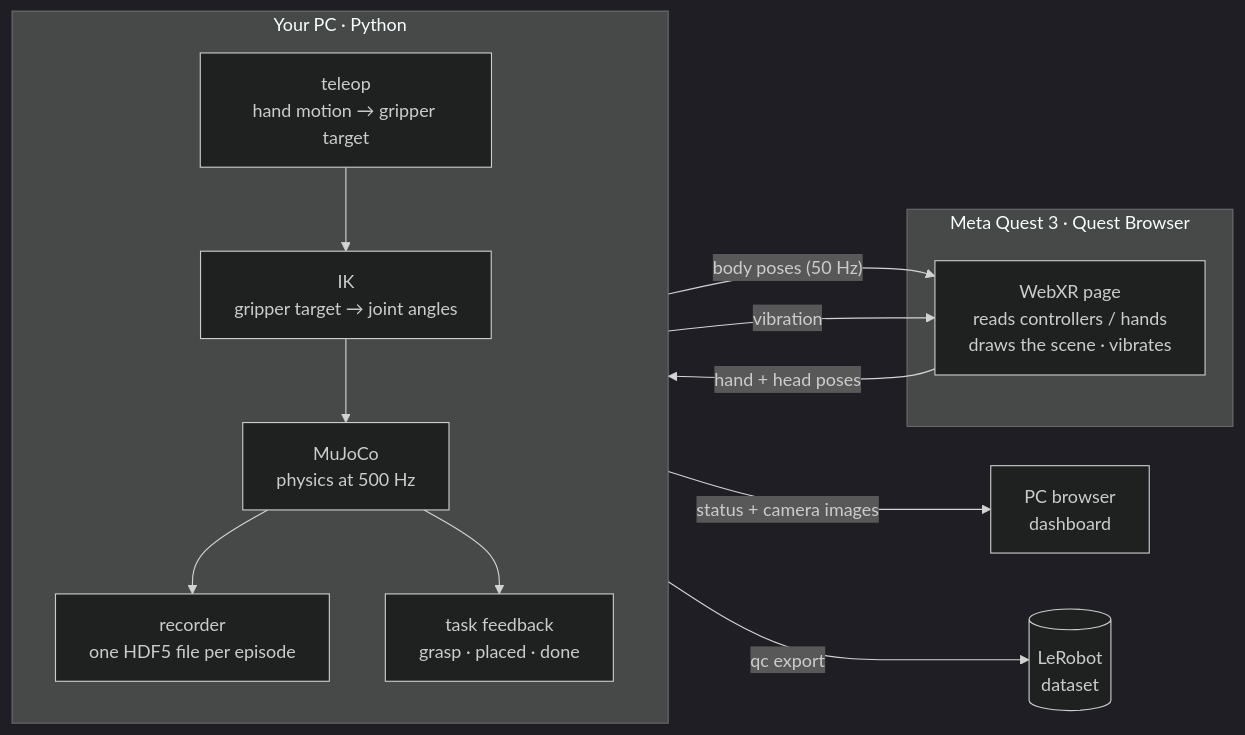
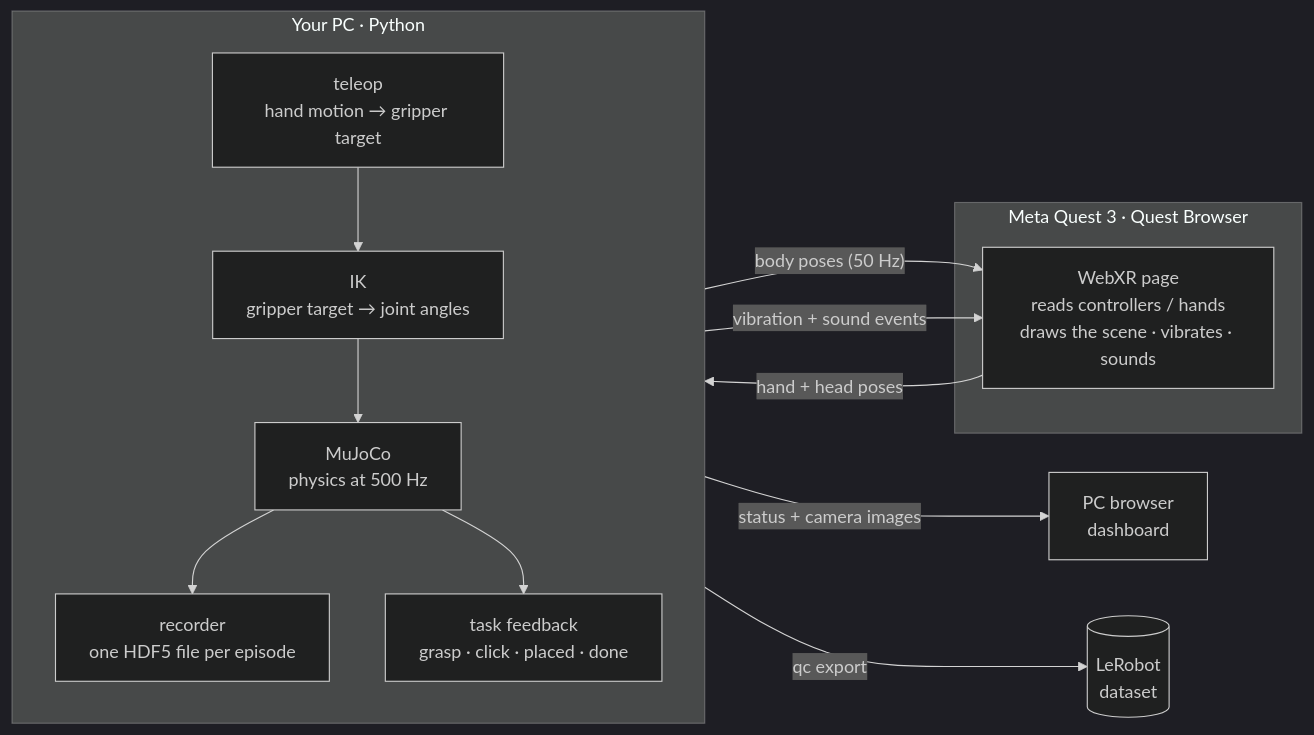
One commit to HarunSMetin/MetaQuest3DataCollection changed the diagram in README.md. Above: the diagram before and after it, drawn with Mermaid (dark theme). The commit also changed other lines of this file and 27 other files, not shown here.

First line of the commit message:
Docs for GitHub: rewritten README, architecture guide, fresh media, MIT license

````diff
--- a/README.md
+++ b/README.md
@@ -134,18 +390,18 @@
 ```mermaid
 flowchart LR
     subgraph Quest["Meta Quest 3 · Quest Browser"]
-        XR["WebXR page<br/>reads controllers / hands<br/>draws the scene · vibrates"]
+        XR["WebXR page<br/>reads controllers / hands<br/>draws the scene · vibrates · sounds"]
     end
     subgraph PC["Your PC · Python"]
         direction TB
         T["teleop<br/>hand motion → gripper target"] --> IK["IK<br/>gripper target → joint angles"]
         IK --> SIM["MuJoCo<br/>physics at 500 Hz"]
         SIM --> REC["recorder<br/>one HDF5 file per episode"]
-        SIM --> FB["task feedback<br/>grasp · placed · done"]
+        SIM --> FB["task feedback<br/>grasp · click · placed · done"]
     end
     XR -- "hand + head poses" --> T
     SIM -- "body poses (50 Hz)" --> XR
-    FB -- "vibration" --> XR
+    FB -- "vibration + sound events" --> XR
     SIM -- "status + camera images" --> DASH["PC browser<br/>dashboard"]
     REC -- "qc export" --> LR[("LeRobot<br/>dataset")]
 ```
````
